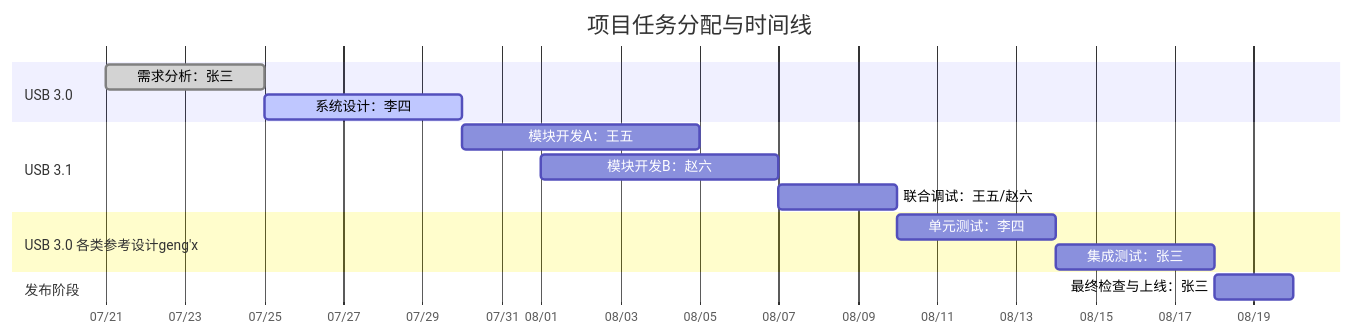
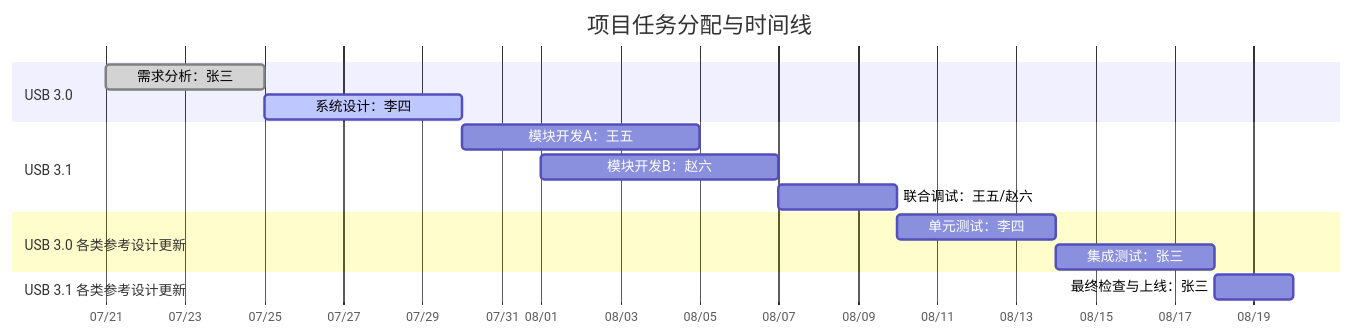
One commit to winsonbook/iodraw-files changed the diagram in all/未命名.md. Above: the diagram before and after it, drawn with Mermaid.

Commit message:
2025-07-21 09:40:52 update

````diff
--- a/all/未命名.md
+++ b/all/未命名.md
@@ -1,23 +1,23 @@
 ```mermaid
 gantt
     title 项目任务分配与时间线
     dateFormat  YYYY-MM-DD
     axisFormat  %m/%d
 
     section USB 3.0
     需求分析：张三       :done,    task1, 2025-07-21, 4d
     系统设计：李四       :active,  task2, 2025-07-25, 5d
 
     section USB 3.1
     模块开发A：王五      :         task3, 2025-07-30, 6d
     模块开发B：赵六      :         task4, 2025-08-01, 6d
     联合调试：王五/赵六  :         task5, 2025-08-07, 3d
 
-    section USB 3.0 各类参考设计geng'x
+    section USB 3.0 各类参考设计更新
     单元测试：李四       :         task6, 2025-08-10, 4d
     集成测试：张三       :         task7, 2025-08-14, 4d
 
-    section 发布阶段
+    section USB 3.1 各类参考设计更新
     最终检查与上线：张三 :         task8, 2025-08-18, 2d
 
 ```
````
